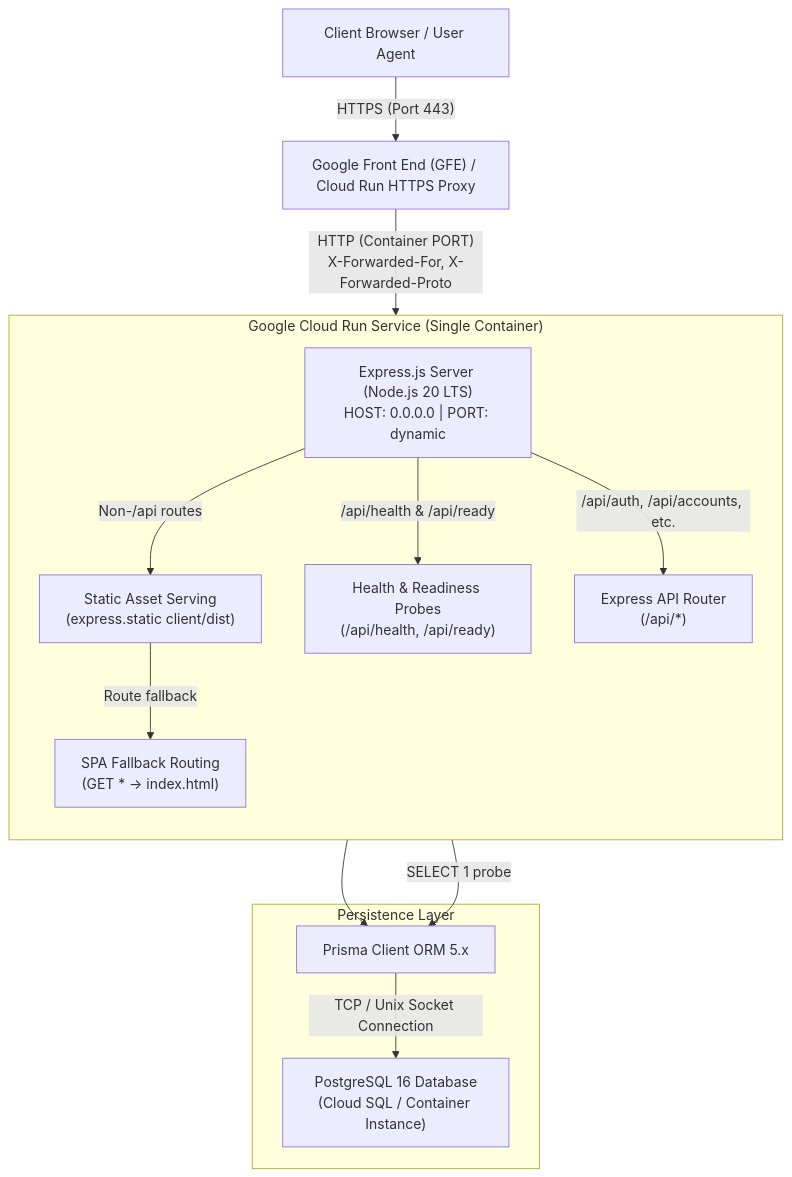
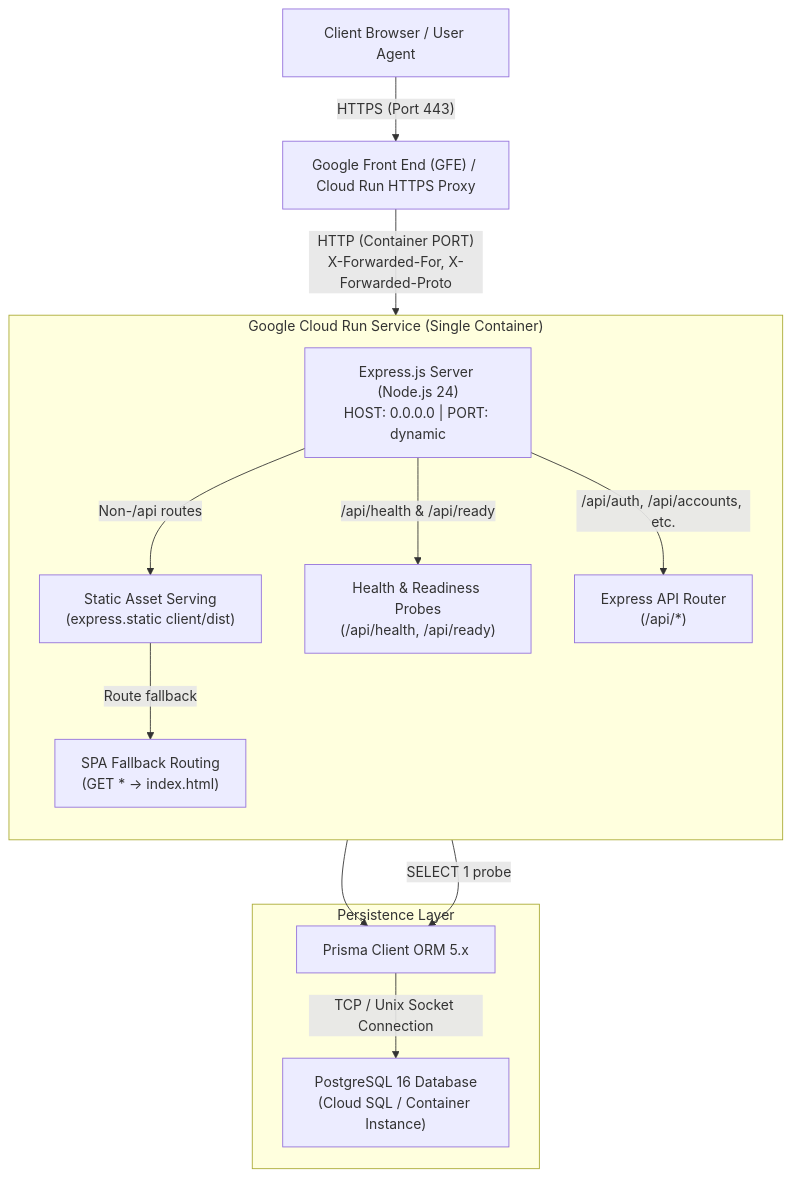
The diagram in docs/labs/lab-05/deployment.md (Pilaiwan3492/Whatsss-PMandELS), drawn with Mermaid before and after one commit. The commit also changed other lines of this file and 6 other files, not shown here.

````diff
--- a/docs/labs/lab-05/deployment.md
+++ b/docs/labs/lab-05/deployment.md
@@ -15,29 +15,29 @@
 ```mermaid
 flowchart TD
     ClientBrowser["Client Browser / User Agent"]
     GCPGFE["Google Front End (GFE) / Cloud Run HTTPS Proxy"]
     
     subgraph CloudRunService ["Google Cloud Run Service (Single Container)"]
         direction TB
-        ExpressServer["Express.js Server (Node.js 20 LTS)<br/>HOST: 0.0.0.0 | PORT: dynamic"]
+        ExpressServer["Express.js Server (Node.js 24)<br/>HOST: 0.0.0.0 | PORT: dynamic"]
         StaticServe["Static Asset Serving<br/>(express.static client/dist)"]
         SPAFallback["SPA Fallback Routing<br/>(GET * -> index.html)"]
         APIRouter["Express API Router<br/>(/api/*)"]
         HealthProbes["Health & Readiness Probes<br/>(/api/health, /api/ready)"]
     end
     
     subgraph PersistenceLayer ["Persistence Layer"]
         PrismaORM["Prisma Client ORM 5.x"]
         CloudSQL["PostgreSQL 16 Database<br/>(Cloud SQL / Container Instance)"]
     end
 
     ClientBrowser -->|"HTTPS (Port 443)"| GCPGFE
     GCPGFE -->|"HTTP (Container PORT)<br/>X-Forwarded-For, X-Forwarded-Proto"| ExpressServer
     ExpressServer -->|"Non-/api routes"| StaticServe
     StaticServe -->|"Route fallback"| SPAFallback
     ExpressServer -->|"/api/health & /api/ready"| HealthProbes
     ExpressServer -->|"/api/auth, /api/accounts, etc."| APIRouter
     APIRouter --> PrismaORM
     HealthProbes -->|"SELECT 1 probe"| PrismaORM
     PrismaORM -->|"TCP / Unix Socket Connection"| CloudSQL
 ```
````
